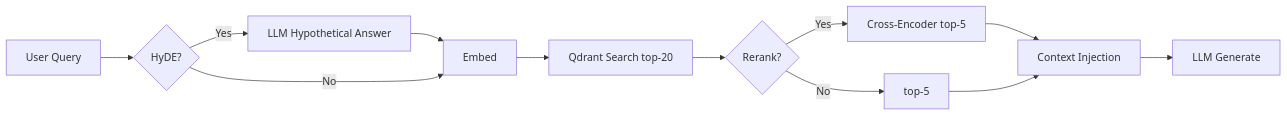
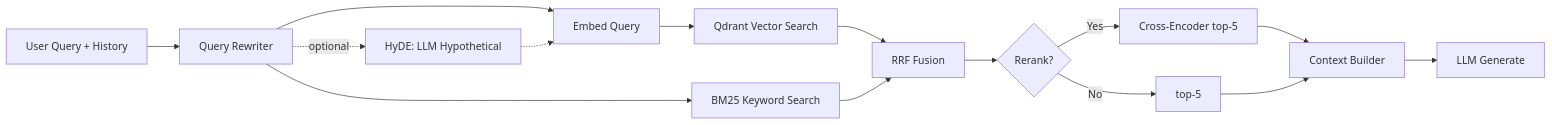
One commit to emmeongoingammuaroi/rag-platform changed the third of 3 diagrams in README.md. Above: the diagram before and after it, drawn with Mermaid. The commit also changed other lines of this file and 14 other files, not shown here.

First line of the commit message:
feat: add query rewriter, BM25 hybrid search, and context builder

````diff
--- a/README.md
+++ b/README.md
@@ -88,14 +89,17 @@
 ```mermaid
 graph LR
-    Q[User Query] --> H{HyDE?}
-    H -->|Yes| H1[LLM Hypothetical Answer]
-    H1 --> E[Embed]
-    H -->|No| E
-    E --> V[Qdrant Search top-20]
-    V --> R{Rerank?}
+    Q[User Query + History] --> QR[Query Rewriter]
+    QR --> E[Embed Query]
+    QR -.->|optional| H1[HyDE: LLM Hypothetical]
+    H1 -.-> E
+    E --> V[Qdrant Vector Search]
+    QR --> BM[BM25 Keyword Search]
+    V --> RRF[RRF Fusion]
+    BM --> RRF
+    RRF --> R{Rerank?}
     R -->|Yes| R1[Cross-Encoder top-5]
     R -->|No| T[top-5]
-    R1 --> C[Context Injection]
-    T --> C
-    C --> L[LLM Generate]
+    R1 --> CB[Context Builder]
+    T --> CB
+    CB --> L[LLM Generate]
 ```
````
